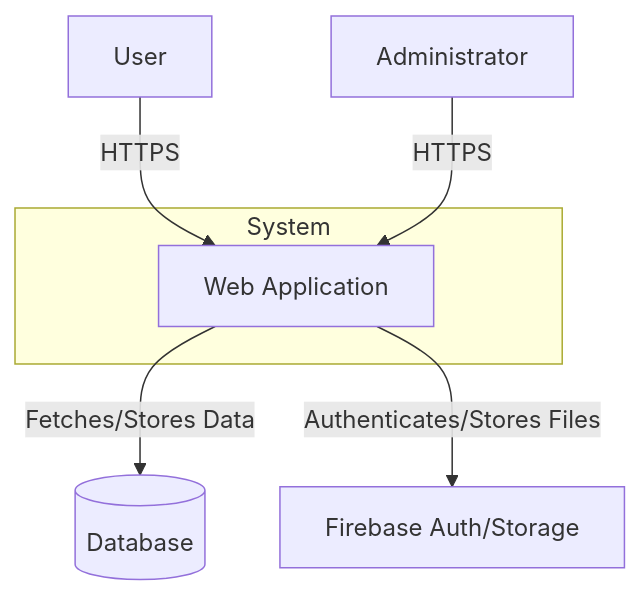
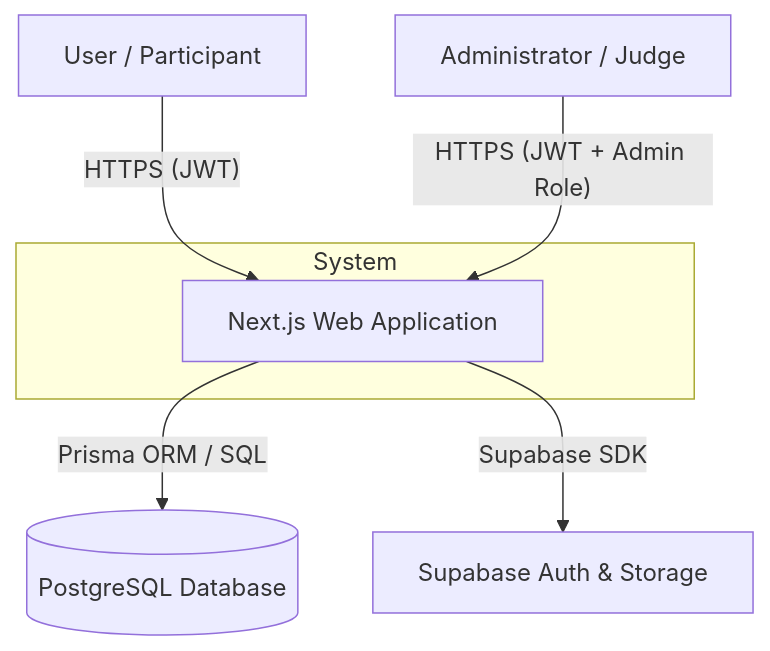
Before and after one commit to Yonas143/studio: the first of 3 diagrams in README.md, drawn with Mermaid. The commit also changed other lines of this file and 1 other file, not shown here.

````diff
--- a/README.md
+++ b/README.md
@@ -14,17 +76,16 @@
 ```mermaid
 graph TD
     subgraph System
-        WebApp[Web Application]
+        WebApp[Next.js Web Application]
     end
 
-    Actor_User[User]
-    Actor_Admin[Administrator]
-    External_Firebase[Firebase Auth/Storage]
-    External_DB[(Database)]
+    Actor_User[User / Participant]
+    Actor_Admin[Administrator / Judge]
+    External_Supabase[Supabase Auth & Storage]
+    External_DB[(PostgreSQL Database)]
 
-    Actor_User -- HTTPS --> WebApp
-    Actor_Admin -- HTTPS --> WebApp
-    WebApp -- Fetches/Stores Data --> External_DB
-    WebApp -- Authenticates/Stores Files --> External_Firebase
-
+    Actor_User -- HTTPS (JWT) --> WebApp
+    Actor_Admin -- HTTPS (JWT + Admin Role) --> WebApp
+    WebApp -- Prisma ORM / SQL --> External_DB
+    WebApp -- Supabase SDK --> External_Supabase
 ```
````
